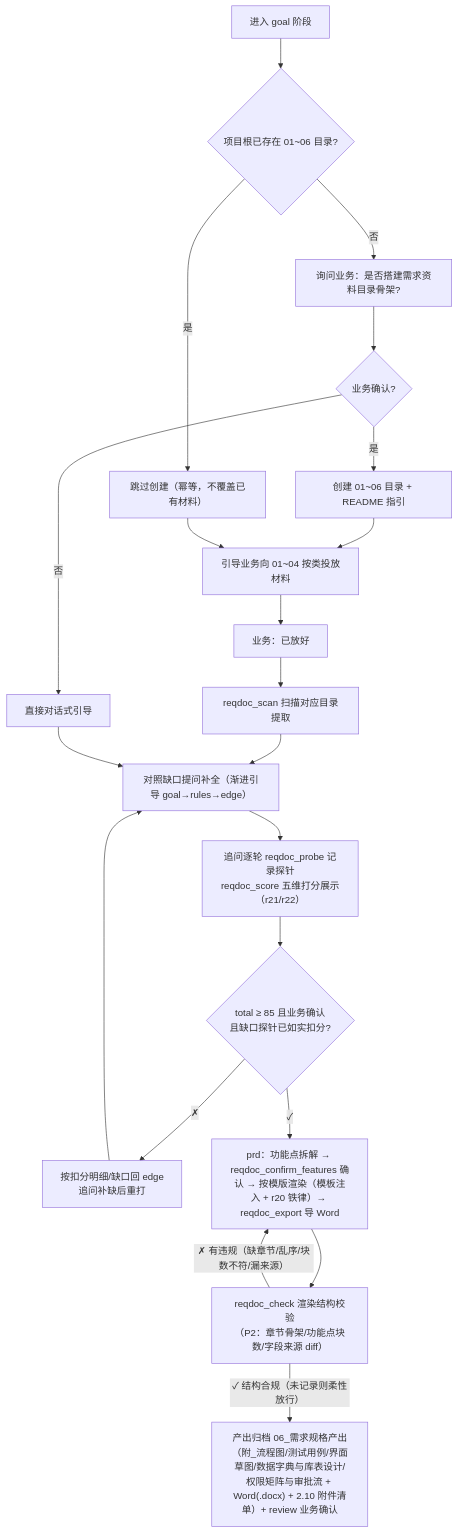
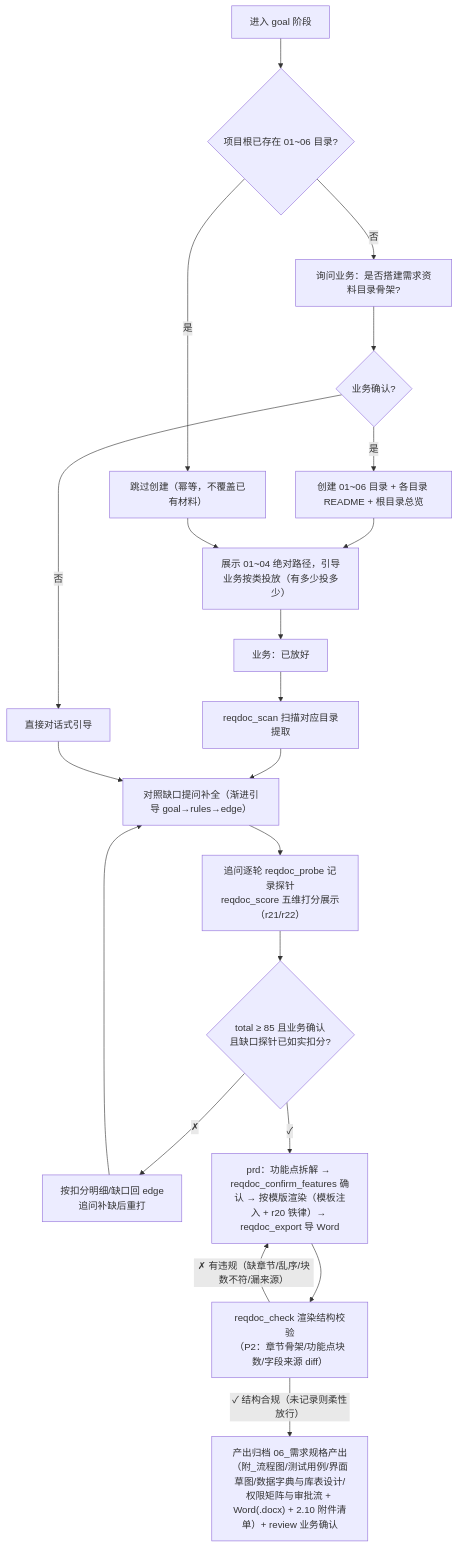
The third of 4 diagrams in opencode-session-mgmt/docs/workflow-reqdoc.md (wonglaitung/opencode), drawn with Mermaid before and after one commit. The commit also changed other lines of this file and 2 other files, not shown here.

````diff
--- a/opencode-session-mgmt/docs/workflow-reqdoc.md
+++ b/opencode-session-mgmt/docs/workflow-reqdoc.md
@@ -116,23 +122,23 @@
 ```mermaid
 flowchart TD
     A["进入 goal 阶段"] --> B{"项目根已存在 01~06 目录?"}
     B -- "否" --> C["询问业务：是否搭建需求资料目录骨架?"]
     C --> D{"业务确认?"}
-    D -- "是" --> E["创建 01~06 目录 + README 指引"]
+    D -- "是" --> E["创建 01~06 目录 + 各目录 README + 根目录总览"]
     D -- "否" --> F["直接对话式引导"]
     B -- "是" --> G["跳过创建（幂等，不覆盖已有材料）"]
-    E --> H["引导业务向 01~04 按类投放材料"]
+    E --> H["展示 01~04 绝对路径，引导业务按类投放（有多少投多少）"]
     G --> H
     H --> I["业务：已放好"]
     I --> J["reqdoc_scan 扫描对应目录提取"]
     J --> K["对照缺口提问补全（渐进引导 goal→rules→edge）"]
     F --> K
     K --> S["追问逐轮 reqdoc_probe 记录探针<br/>reqdoc_score 五维打分展示（r21/r22）"]
     S --> SG{"total ≥ 85 且业务确认<br/>且缺口探针已如实扣分?"}
     SG -->|"✗"| K2["按扣分明细/缺口回 edge<br/>追问补缺后重打"]
     K2 --> K
     SG -->|"✓"| L["prd：功能点拆解 → reqdoc_confirm_features 确认 → 按模版渲染（模板注入 + r20 铁律）→ reqdoc_export 导 Word"]
     L --> L2["reqdoc_check 渲染结构校验<br/>（P2：章节骨架/功能点块数/字段来源 diff）"]
     L2 -->|"✗ 有违规（缺章节/乱序/块数不符/漏来源）"| L
     L2 -->|"✓ 结构合规（未记录则柔性放行）"| M["产出归档 06_需求规格产出（附_流程图/测试用例/界面草图/数据字典与库表设计/权限矩阵与审批流 + Word(.docx) + 2.10 附件清单）+ review 业务确认"]
 ```
````
